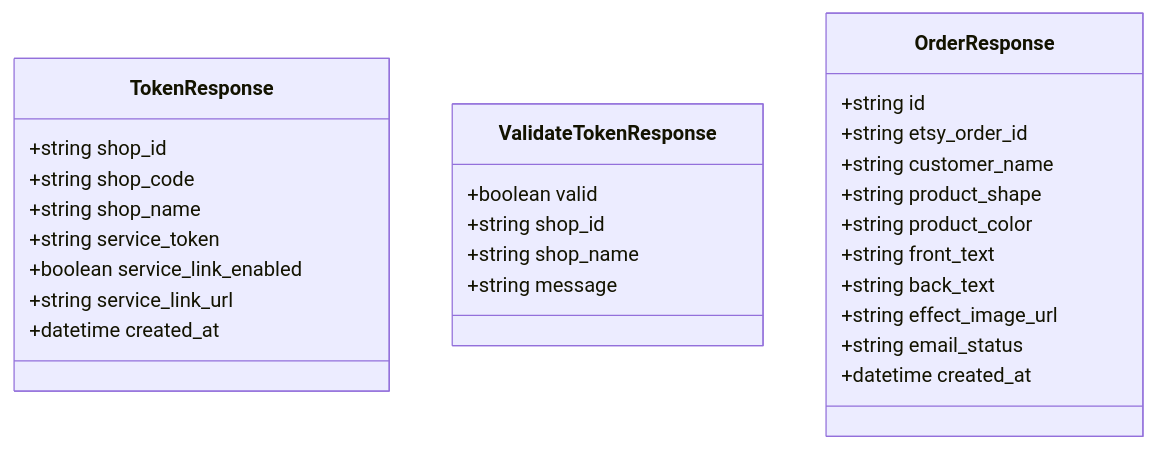
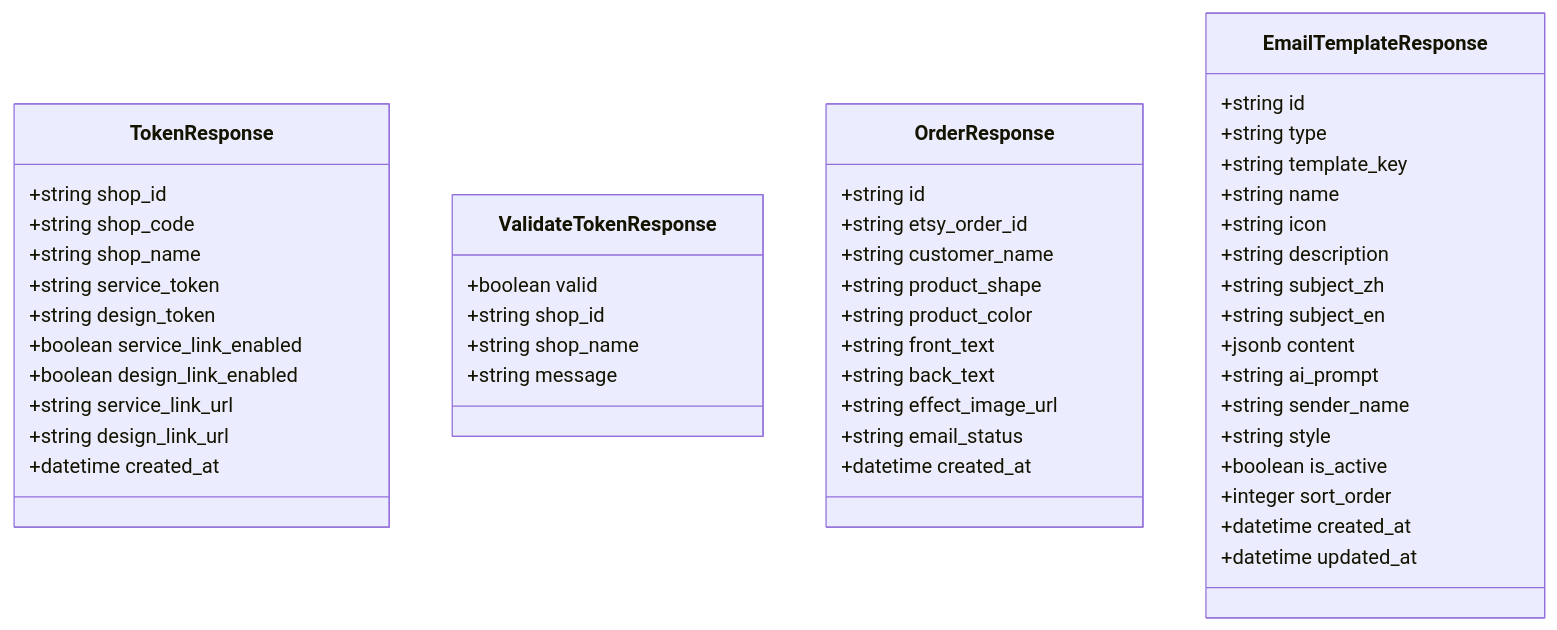
Diagram 12 of 13 in .qoder/repowiki/zh/content/开发指南/客服外链双链接系统.md (SY6621/POD-Order-Management), drawn with Mermaid before and after one commit. The commit also changed other lines of this file and 7 other files, not shown here.

````diff
--- a/.qoder/repowiki/zh/content/开发指南/客服外链双链接系统.md
+++ b/.qoder/repowiki/zh/content/开发指南/客服外链双链接系统.md
@@ -577,30 +725,51 @@
 ```mermaid
 classDiagram
 class TokenResponse {
 +string shop_id
 +string shop_code
 +string shop_name
 +string service_token
++string design_token
 +boolean service_link_enabled
++boolean design_link_enabled
 +string service_link_url
++string design_link_url
 +datetime created_at
 }
 class ValidateTokenResponse {
 +boolean valid
 +string shop_id
 +string shop_name
 +string message
 }
 class OrderResponse {
 +string id
 +string etsy_order_id
 +string customer_name
 +string product_shape
 +string product_color
 +string front_text
 +string back_text
 +string effect_image_url
 +string email_status
 +datetime created_at
 }
+class EmailTemplateResponse {
++string id
++string type
++string template_key
++string name
++string icon
++string description
++string subject_zh
++string subject_en
++jsonb content
++string ai_prompt
++string sender_name
++string style
++boolean is_active
++integer sort_order
++datetime created_at
++datetime updated_at
+}
 ```
````
